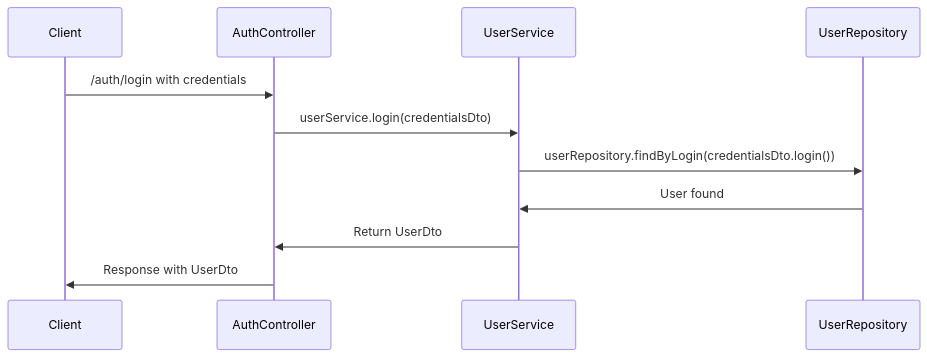
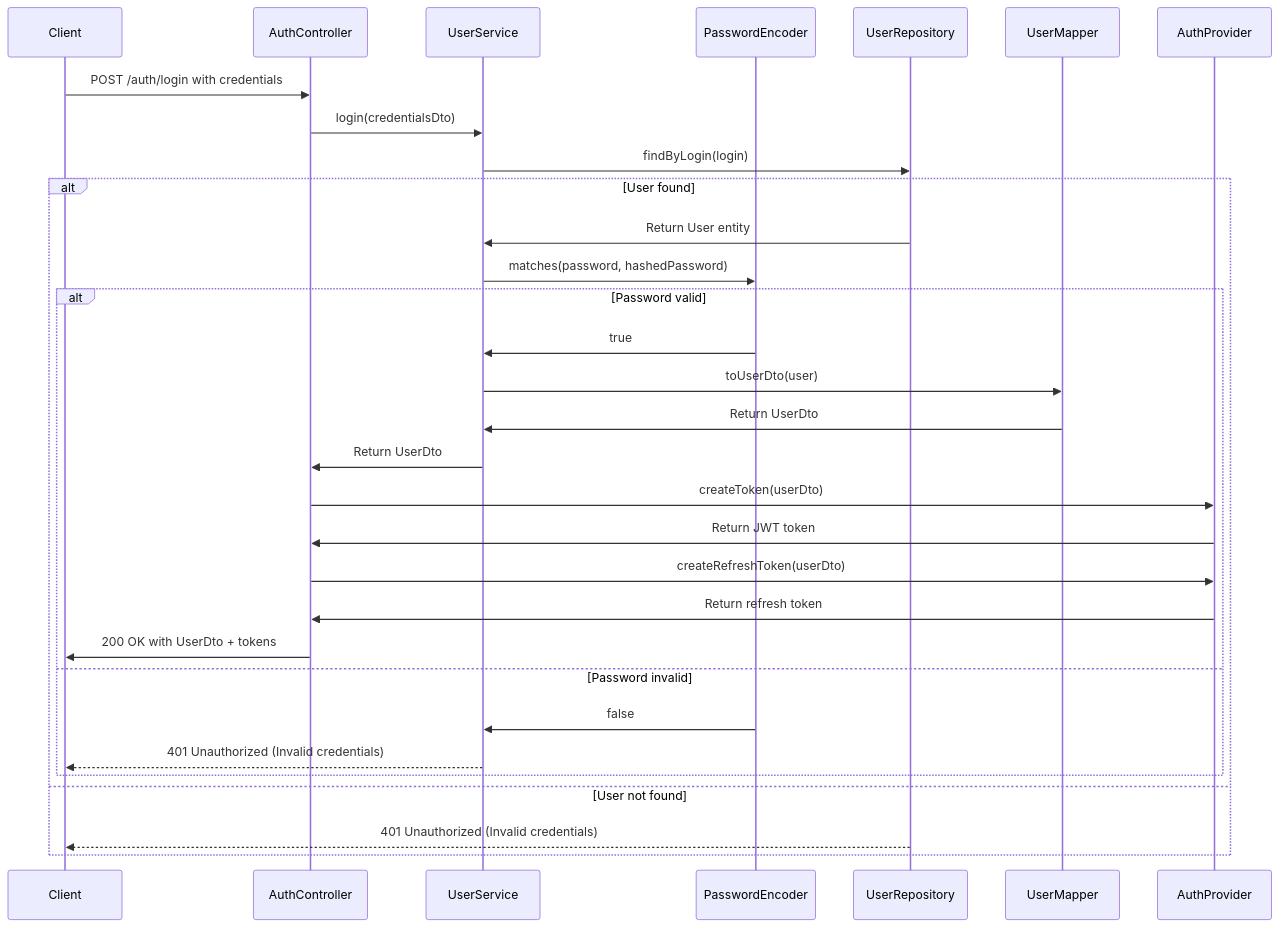
One commit to OrifInformatique/spring-auth changed the third of 6 diagrams in docs/process-documentation.md. Above: the diagram before and after it, drawn with Mermaid. The commit also changed other lines of this file and 1 other file, not shown here.

````diff
--- a/docs/process-documentation.md
+++ b/docs/process-documentation.md
@@ -195,14 +228,36 @@
 ```mermaid
 sequenceDiagram
     participant Client
     participant AuthController
     participant UserService
+    participant PasswordEncoder
     participant UserRepository
+    participant UserMapper
+    participant AuthProvider
 
-    Client->>AuthController: /auth/login with credentials
-    AuthController->>UserService: userService.login(credentialsDto)
-    UserService->>UserRepository: userRepository.findByLogin(credentialsDto.login())
-    UserRepository->>UserService: User found
-    UserService->>AuthController: Return UserDto
-    AuthController->>Client: Response with UserDto
+    Client->>AuthController: POST /auth/login with credentials
+    AuthController->>UserService: login(credentialsDto)
+    UserService->>UserRepository: findByLogin(login)
+    
+    alt User found
+        UserRepository->>UserService: Return User entity
+        UserService->>PasswordEncoder: matches(password, hashedPassword)
+        
+        alt Password valid
+            PasswordEncoder->>UserService: true
+            UserService->>UserMapper: toUserDto(user)
+            UserMapper->>UserService: Return UserDto
+            UserService->>AuthController: Return UserDto
+            AuthController->>AuthProvider: createToken(userDto)
+            AuthProvider->>AuthController: Return JWT token
+            AuthController->>AuthProvider: createRefreshToken(userDto)
+            AuthProvider->>AuthController: Return refresh token
+            AuthController->>Client: 200 OK with UserDto + tokens
+        else Password invalid
+            PasswordEncoder->>UserService: false
+            UserService-->>Client: 401 Unauthorized (Invalid credentials)
+        end
+    else User not found
+        UserRepository-->>Client: 401 Unauthorized (Invalid credentials)
+    end
 ```
````
